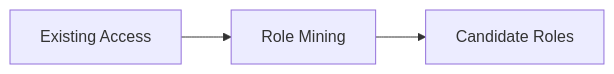
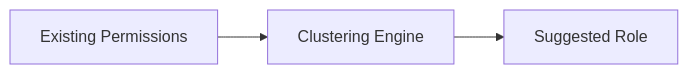
Before and after one commit to Devopstrio/identity-governance-framework: diagram 15 of 30 in README.md, drawn with Mermaid. The commit also changed other lines of this file, not shown here.

Commit message:
docs: finalize premium institutional-grade README with 30+ diagrams and executive summary

````diff
--- a/README.md
+++ b/README.md
@@ -131,5 +239,5 @@
 ```mermaid
 graph LR
-    Access[Existing Access] --> ML[Role Mining]
-    ML --> Cluster[Candidate Roles]
+    Raw[Existing Permissions] --> ML[Clustering Engine]
+    ML --> Candidate[Suggested Role]
 ```
````
